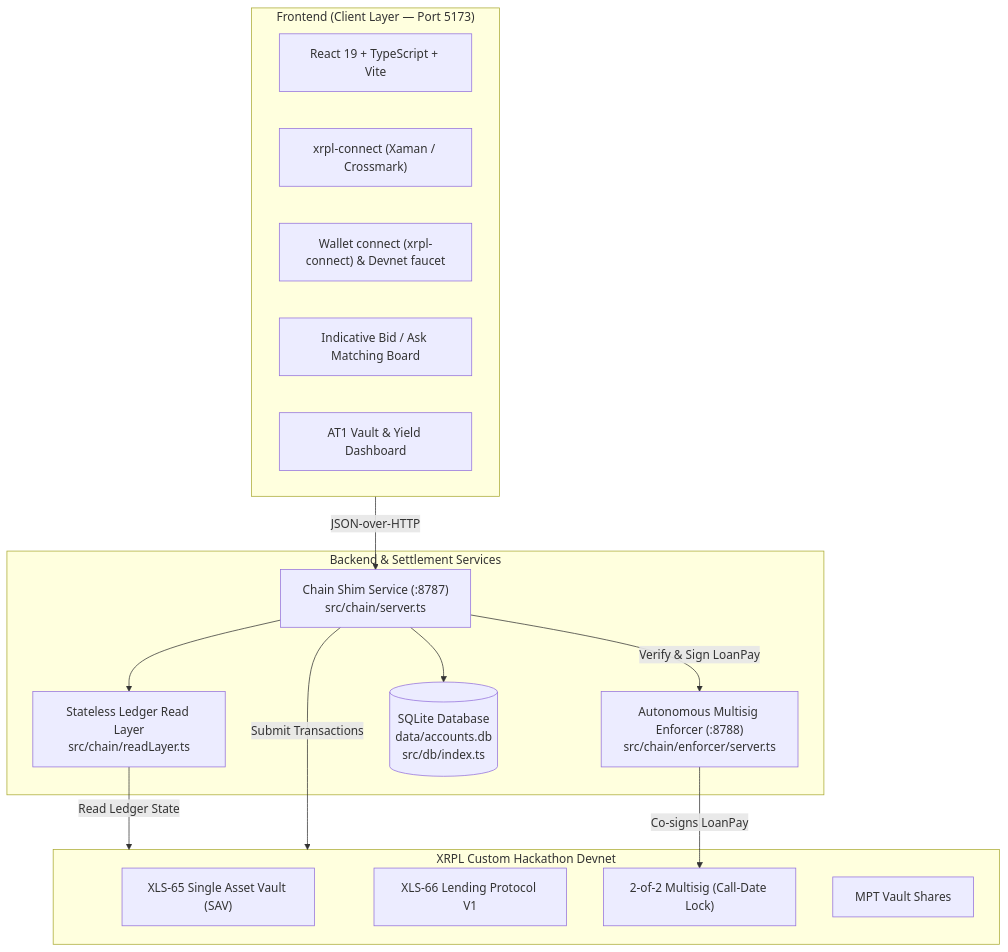
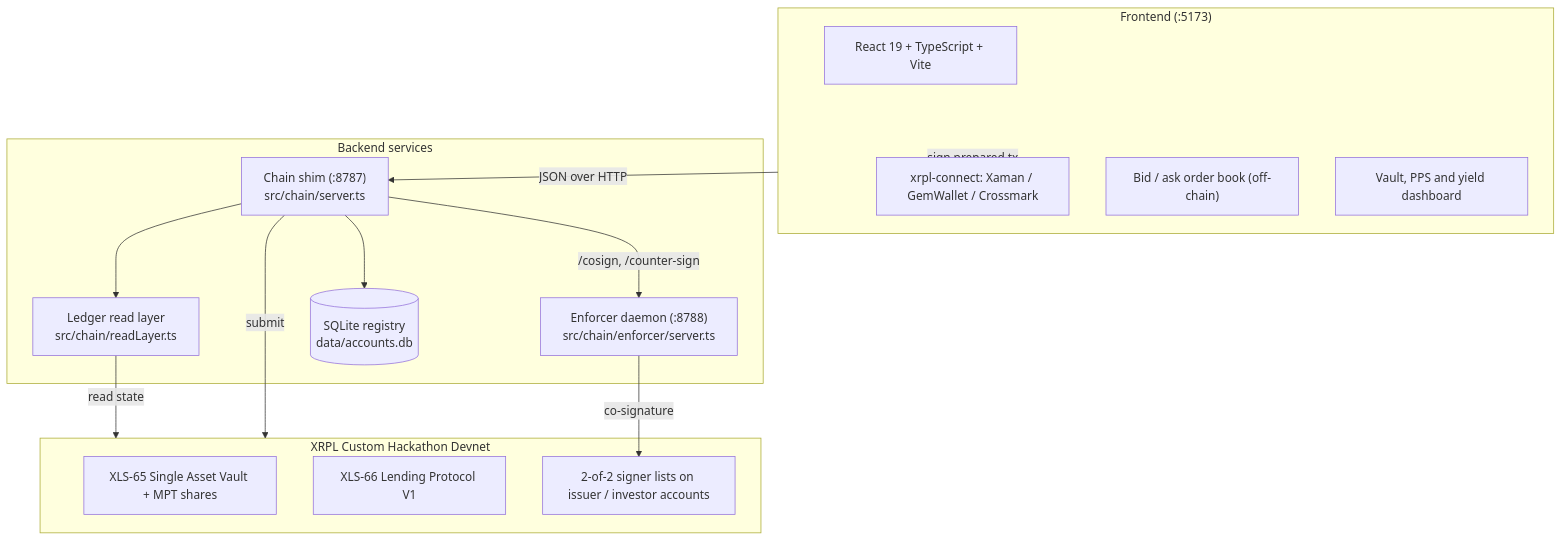
The diagram in README.md (G4SP4RDDB/AT1_XRPL), drawn with Mermaid before and after one commit. The commit also changed other lines of this file and 2 other files, not shown here.

````diff
--- a/README.md
+++ b/README.md
@@ -149,32 +130,31 @@
 ```mermaid
 flowchart TD
-    subgraph UI ["Frontend (Client Layer — Port 5173)"]
+    subgraph UI ["Frontend (:5173)"]
         React["React 19 + TypeScript + Vite"]
-        XRPLConnect["xrpl-connect (Xaman / Crossmark)"]
-        DbSelector["Wallet connect (xrpl-connect) & Devnet faucet"]
-        MatchBoard["Indicative Bid / Ask Matching Board"]
-        Dashboard["AT1 Vault & Yield Dashboard"]
+        Wallet["xrpl-connect: Xaman / GemWallet / Crossmark"]
+        Book["Bid / ask order book (off-chain)"]
+        Dash["Vault, PPS and yield dashboard"]
     end
 
-    subgraph Middleware ["Backend & Settlement Services"]
-        ChainShim["Chain Shim Service (:8787)\nsrc/chain/server.ts"]
-        Enforcer["Autonomous Multisig Enforcer (:8788)\nsrc/chain/enforcer/server.ts"]
-        ReadLayer["Stateless Ledger Read Layer\nsrc/chain/readLayer.ts"]
-        SQLiteDB[("SQLite Database\ndata/accounts.db\nsrc/db/index.ts")]
+    subgraph Backend ["Backend services"]
+        Shim["Chain shim (:8787)\nsrc/chain/server.ts"]
+        Enforcer["Enforcer daemon (:8788)\nsrc/chain/enforcer/server.ts"]
+        Read["Ledger read layer\nsrc/chain/readLayer.ts"]
+        DB[("SQLite registry\ndata/accounts.db")]
     end
 
     subgraph Ledger ["XRPL Custom Hackathon Devnet"]
-        Vault["XLS-65 Single Asset Vault (SAV)"]
+        Vault["XLS-65 Single Asset Vault + MPT shares"]
         Lending["XLS-66 Lending Protocol V1"]
-        Multisig["2-of-2 Multisig (Call-Date Lock)"]
-        MPT["MPT Vault Shares"]
+        Multisig["2-of-2 signer lists on issuer / investor accounts"]
     end
 
-    UI -->|JSON-over-HTTP| ChainShim
-    ChainShim --> ReadLayer
-    ChainShim --> SQLiteDB
-    ChainShim -->|Verify & Sign LoanPay| Enforcer
-    ReadLayer -->|Read Ledger State| Ledger
-    ChainShim -->|Submit Transactions| Ledger
-    Enforcer -->|Co-signs LoanPay| Multisig
+    UI -->|JSON over HTTP| Shim
+    UI -->|sign prepared tx| Wallet
+    Shim --> Read
+    Shim --> DB
+    Shim -->|"/cosign, /counter-sign"| Enforcer
+    Read -->|read state| Ledger
+    Shim -->|submit| Ledger
+    Enforcer -->|co-signature| Multisig
 ```
````
